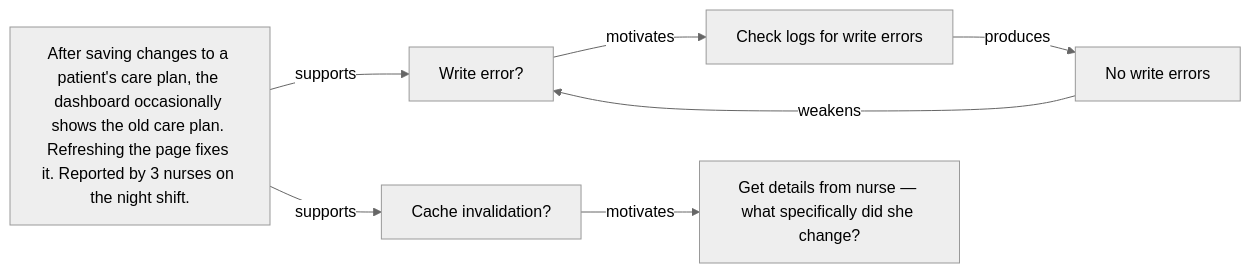
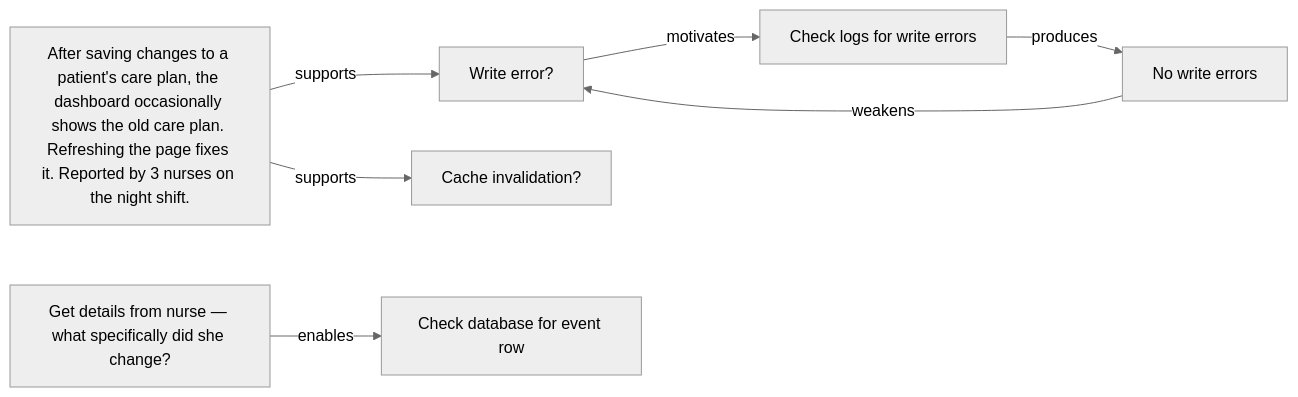
One commit to kahunacohen/why changed the diagram in diagrams/bug.mmd. Above: the diagram before and after it, drawn with Mermaid (neutral theme).

```diff
--- a/diagrams/bug.mmd
+++ b/diagrams/bug.mmd
@@ -1,22 +1,23 @@
 %% Bug report: After saving changes to a patient's care plan, the dashboard occasionally shows the old care plan. Refreshing the page fixes it. Reported by 3 nurses on the night shift.
 %% Root cause: The care plan save endpoint updates a care_plan_notes table but doesn't touch the main care_plans record. The cache invalidation job checks care_plans.updated_at to decide what to evict. Since that timestamp never changes, the job skips it, and the cache keeps
 %% serving the old care plan.
 
 flowchart LR
 
 B1["After saving changes to a patient's care plan, the dashboard occasionally shows the old care plan. Refreshing the page fixes it. Reported by 3 nurses on the night shift."]
 H1["Write error?"]
 H2["Cache invalidation?"]
 
 B1 --> |supports| H1
 B1 --> |supports| H2
 
 A1["Check logs for write errors"]
 H1 --> |motivates| A1
 
 O1["No write errors"]
 A1 --> |produces| O1
 O1 --> |weakens| H1
 
 A2["Get details from nurse — what specifically did she change?"]
-H2 --> |motivates| A2
+A3["Check database for event row"]
+A2 --> |enables| A3 
```
